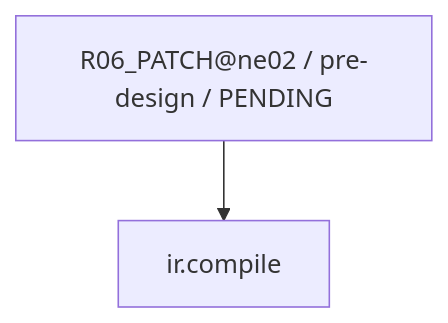
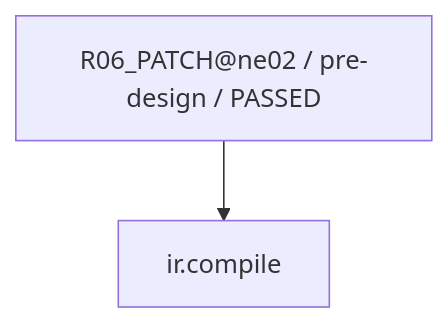
One commit to rrikunagasige-dot/kyotsu-step-web changed the eighth of 45 diagrams in work/items/W-MATH-036-ne02-n11-n12-guided-design/generated/CAPABILITY_FIRE_DIAGRAM.md. Above: the diagram before and after it, drawn with Mermaid. The commit also changed other lines of this file and 19 other files, not shown here.

````diff
--- a/work/items/W-MATH-036-ne02-n11-n12-guided-design/generated/CAPABILITY_FIRE_DIAGRAM.md
+++ b/work/items/W-MATH-036-ne02-n11-n12-guided-design/generated/CAPABILITY_FIRE_DIAGRAM.md
@@ -128,6 +128,6 @@
 ```mermaid
 flowchart TD
-  N0["R06_PATCH@ne02 / pre-design / PENDING"]
+  N0["R06_PATCH@ne02 / pre-design / PASSED"]
   N1["ir.compile"]
   N0 --> N1
 ```
````
